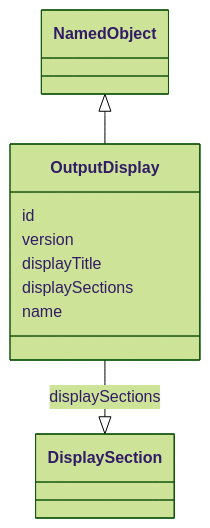
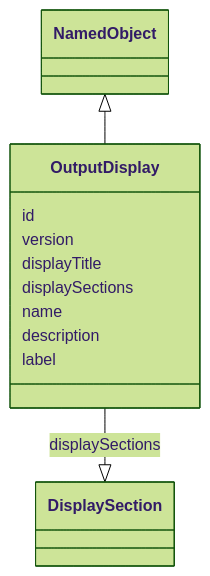
The diagram in project/docs/OutputDisplay.md (cdisc-org/analysis-results-standard), drawn with Mermaid (forest theme) before and after one commit. The commit also changed other lines of this file and 132 other files, not shown here.

````diff
--- a/project/docs/OutputDisplay.md
+++ b/project/docs/OutputDisplay.md
@@ -13,13 +13,15 @@
 ```mermaid
  classDiagram
     class OutputDisplay
       NamedObject <|-- OutputDisplay
 
       OutputDisplay : id
         OutputDisplay : version
         OutputDisplay : displayTitle
         OutputDisplay : displaySections
         OutputDisplay --|> DisplaySection : displaySections
         OutputDisplay : name
+        OutputDisplay : description
+        OutputDisplay : label
         
 ```
````
